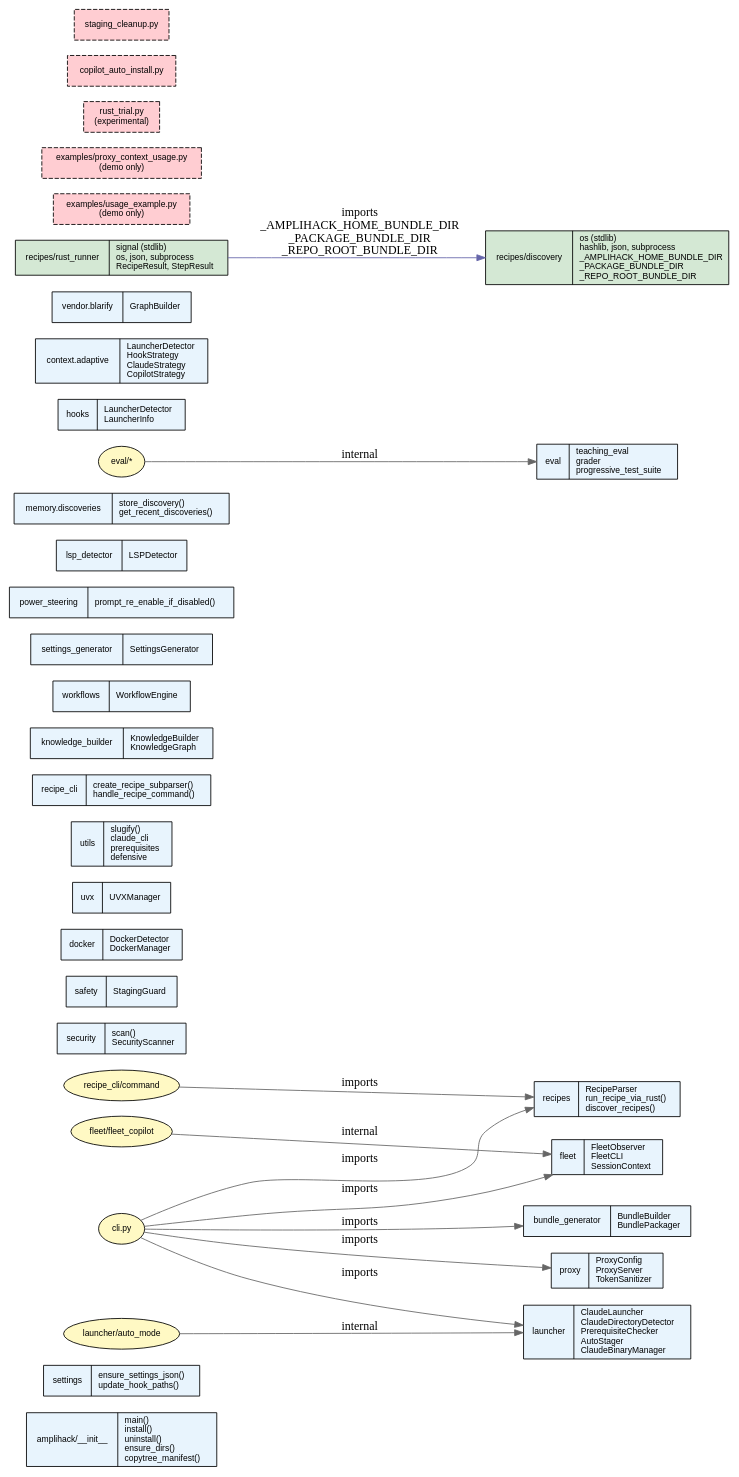
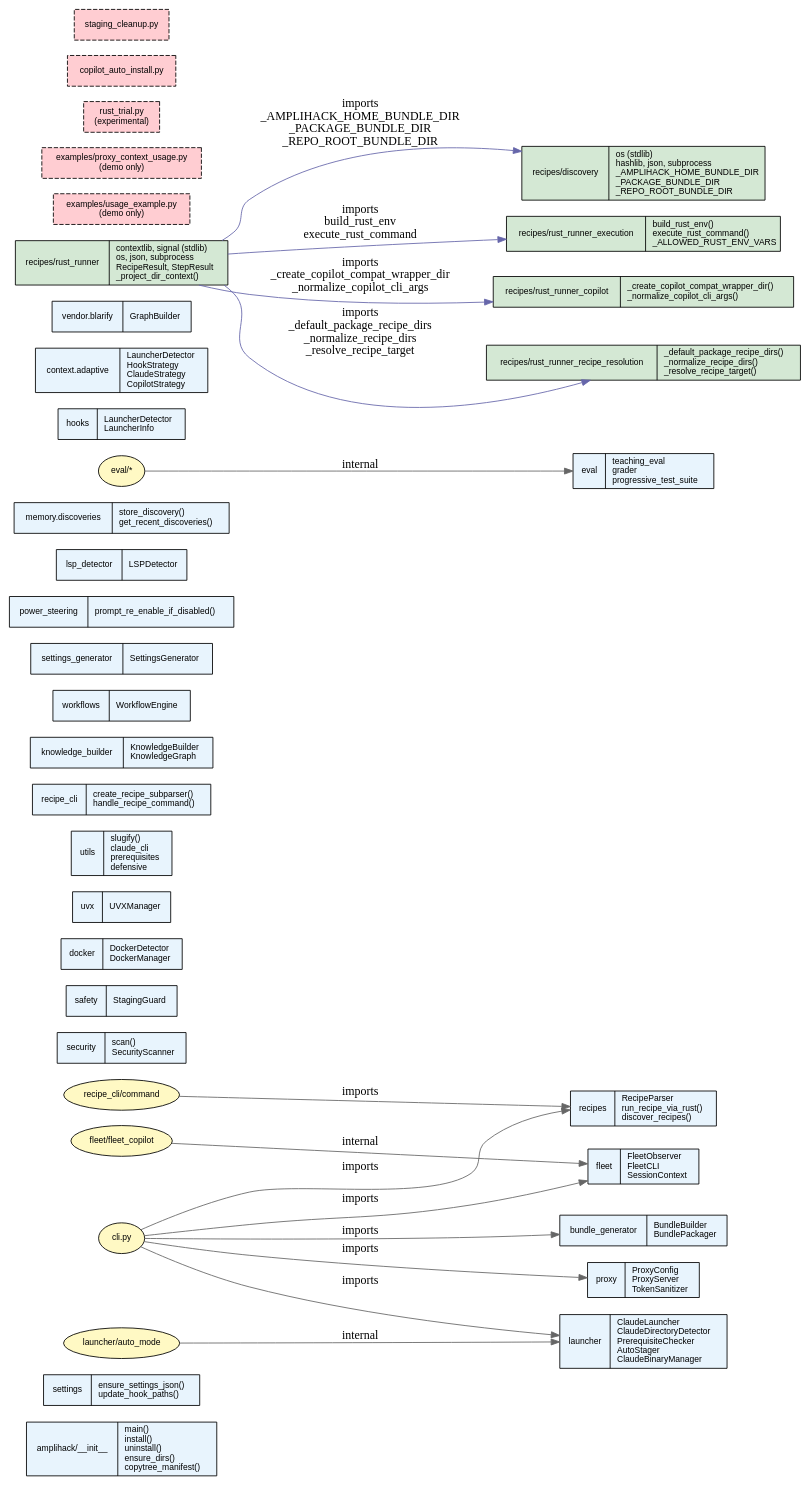
Before and after one commit to rysweet/amplihack: the diagram in docs/atlas/ast-lsp-bindings/ast-lsp-bindings.dot, drawn with Graphviz. The commit also changed 2 other files, not shown here.

Commit message:
docs(atlas): rebuild layer 8 ast-lsp-bindings for rust_runner changes
Update ast-lsp-bindings layer to reflect:
- _project_dir_context context manager added to rust_runner
- CLAUDE_PROJECT_DIR and PYTHONPATH added to allowed env vars
- rust_runner submodule imports (binary, copilot, execution, resolution)

Fixes CI staleness check triggered by src/amplihack/recipes/rust_runner.py.

```diff
--- a/docs/atlas/ast-lsp-bindings/ast-lsp-bindings.dot
+++ b/docs/atlas/ast-lsp-bindings/ast-lsp-bindings.dot
@@ -1,66 +1,73 @@
 digraph ast_lsp_bindings {
     rankdir=LR;
     fontname="Helvetica";
     node [fontname="Helvetica", fontsize=10];
     edge [color="#666666"];
 
     // Public API nodes as record shapes
     node [shape=record, style="filled", fillcolor="#e8f4fd"];
 
     amplihack [label="{amplihack/__init__|main()\linstall()\luninstall()\lensure_dirs()\lcopytree_manifest()\l}"];
     settings [label="{settings|ensure_settings_json()\lupdate_hook_paths()\l}"];
     launcher [label="{launcher|ClaudeLauncher\lClaudeDirectoryDetector\lPrerequisiteChecker\lAutoStager\lClaudeBinaryManager\l}"];
     proxy [label="{proxy|ProxyConfig\lProxyServer\lTokenSanitizer\l}"];
     security [label="{security|scan()\lSecurityScanner\l}"];
     safety [label="{safety|StagingGuard\l}"];
     docker [label="{docker|DockerDetector\lDockerManager\l}"];
     uvx [label="{uvx|UVXManager\l}"];
     utils [label="{utils|slugify()\lclaude_cli\lprerequisites\ldefensive\l}"];
     recipes [label="{recipes|RecipeParser\lrun_recipe_via_rust()\ldiscover_recipes()\l}"];
     recipe_cli [label="{recipe_cli|create_recipe_subparser()\lhandle_recipe_command()\l}"];
     fleet [label="{fleet|FleetObserver\lFleetCLI\lSessionContext\l}"];
     knowledge [label="{knowledge_builder|KnowledgeBuilder\lKnowledgeGraph\l}"];
     bundle [label="{bundle_generator|BundleBuilder\lBundlePackager\l}"];
     workflows [label="{workflows|WorkflowEngine\l}"];
     settings_gen [label="{settings_generator|SettingsGenerator\l}"];
     power [label="{power_steering|prompt_re_enable_if_disabled()\l}"];
     lsp [label="{lsp_detector|LSPDetector\l}"];
     memory [label="{memory.discoveries|store_discovery()\lget_recent_discoveries()\l}"];
     eval_pkg [label="{eval|teaching_eval\lgrader\lprogressive_test_suite\l}"];
     hooks [label="{hooks|LauncherDetector\lLauncherInfo\l}"];
     context [label="{context.adaptive|LauncherDetector\lHookStrategy\lClaudeStrategy\lCopilotStrategy\l}"];
     vendor [label="{vendor.blarify|GraphBuilder\l}"];
 
     // Cross-package imports
     node [shape=ellipse, style="filled", fillcolor="#fff9c4"];
     cli [label="cli.py"];
     auto_mode [label="launcher/auto_mode"];
     fleet_copilot [label="fleet/fleet_copilot"];
     recipe_cmd [label="recipe_cli/command"];
     eval_harness [label="eval/*"];
 
     cli -> launcher [label="imports"];
     cli -> proxy [label="imports"];
     cli -> fleet [label="imports"];
     cli -> recipes [label="imports"];
     cli -> bundle [label="imports"];
 
     auto_mode -> launcher [label="internal"];
     fleet_copilot -> fleet [label="internal"];
     recipe_cmd -> recipes [label="imports"];
     eval_harness -> eval_pkg [label="internal"];
 
     // Intra-module: recipes/rust_runner -> recipes/discovery
     node [shape=record, style="filled", fillcolor="#d4e8d4"];
-    rust_runner [label="{recipes/rust_runner|signal (stdlib)\los, json, subprocess\lRecipeResult, StepResult\l}"];
+    rust_runner [label="{recipes/rust_runner|contextlib, signal (stdlib)\los, json, subprocess\lRecipeResult, StepResult\l_project_dir_context()\l}"];
     discovery_mod [label="{recipes/discovery|os (stdlib)\lhashlib, json, subprocess\l_AMPLIHACK_HOME_BUNDLE_DIR\l_PACKAGE_BUNDLE_DIR\l_REPO_ROOT_BUNDLE_DIR\l}"];
 
+    rust_runner_exec [label="{recipes/rust_runner_execution|build_rust_env()\lexecute_rust_command()\l_ALLOWED_RUST_ENV_VARS\l}"];
+    rust_runner_copilot [label="{recipes/rust_runner_copilot|_create_copilot_compat_wrapper_dir()\l_normalize_copilot_cli_args()\l}"];
+    rust_runner_resolution [label="{recipes/rust_runner_recipe_resolution|_default_package_recipe_dirs()\l_normalize_recipe_dirs()\l_resolve_recipe_target()\l}"];
+
     rust_runner -> discovery_mod [label="imports\n_AMPLIHACK_HOME_BUNDLE_DIR\n_PACKAGE_BUNDLE_DIR\n_REPO_ROOT_BUNDLE_DIR", color="#6666aa"]; // pragma: allowlist secret
+    rust_runner -> rust_runner_exec [label="imports\nbuild_rust_env\nexecute_rust_command", color="#6666aa"];
+    rust_runner -> rust_runner_copilot [label="imports\n_create_copilot_compat_wrapper_dir\n_normalize_copilot_cli_args", color="#6666aa"];
+    rust_runner -> rust_runner_resolution [label="imports\n_default_package_recipe_dirs\n_normalize_recipe_dirs\n_resolve_recipe_target", color="#6666aa"];
     // Dead code candidates
     node [shape=box, style="dashed,filled", fillcolor="#ffcdd2"];
     dead1 [label="examples/usage_example.py\n(demo only)"];
     dead2 [label="examples/proxy_context_usage.py\n(demo only)"];
     dead3 [label="rust_trial.py\n(experimental)"];
     dead4 [label="copilot_auto_install.py"];
     dead5 [label="staging_cleanup.py"];
 }
```
